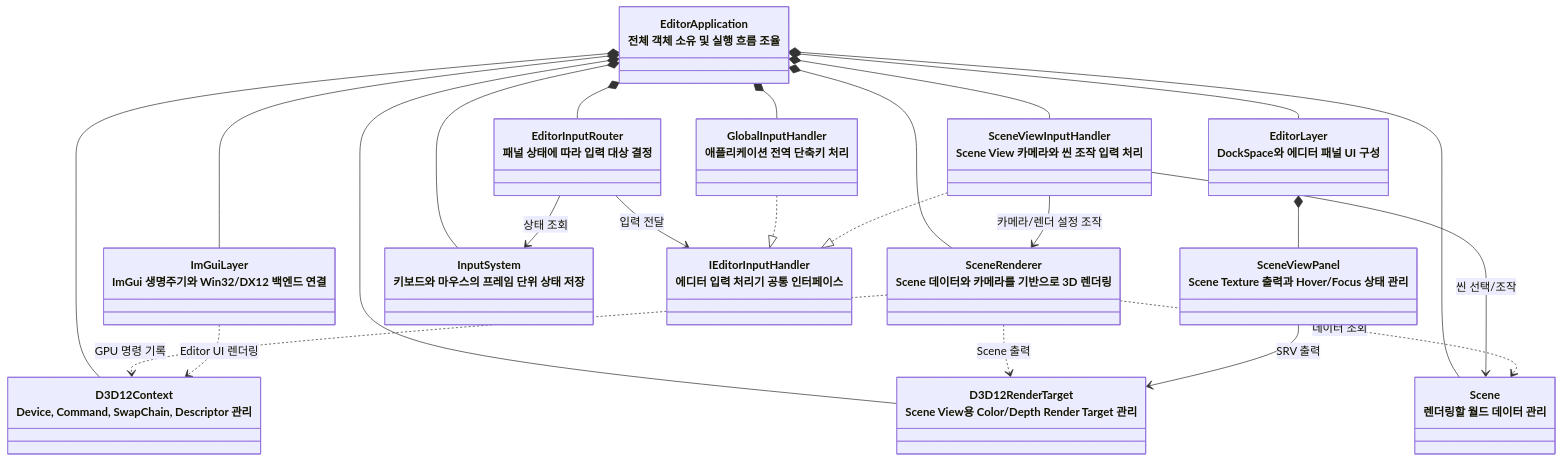
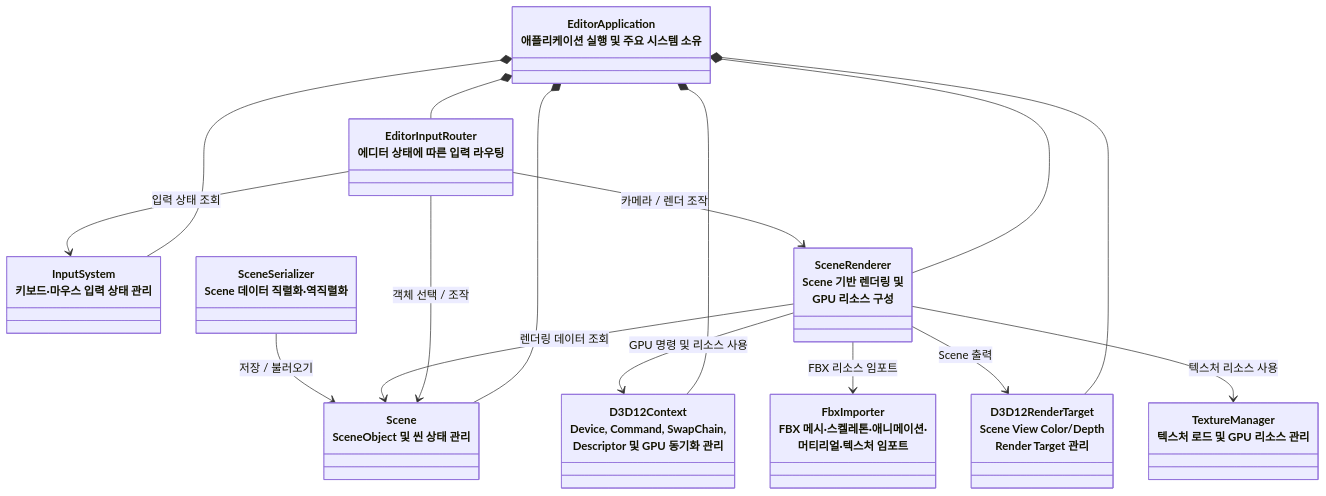
Before and after one commit to cjw7823/D12Engine: the diagram in README.md, drawn with Mermaid. The commit also changed other lines of this file and 1 other file, not shown here.

Commit message:
README.md 수정 1. editor-overview.png 추가.

````diff
--- a/README.md
+++ b/README.md
@@ -17,57 +20,42 @@
 ```mermaid
- classDiagram
-    class EditorApplication["EditorApplication<br/>전체 객체 소유 및 실행 흐름 조율"]
+classDiagram
+    class EditorApplication["EditorApplication<br/>애플리케이션 실행 및 주요 시스템 소유"]
 
-    class D3D12Context["D3D12Context<br/>Device, Command, SwapChain, Descriptor 관리"]
+    class InputSystem["InputSystem<br/>키보드·마우스 입력 상태 관리"]
 
-    class D3D12RenderTarget["D3D12RenderTarget<br/>Scene View용 Color/Depth Render Target 관리"]
+    class EditorInputRouter["EditorInputRouter<br/>에디터 상태에 따른 입력 라우팅"]
 
-    class SceneRenderer["SceneRenderer<br/>Scene 데이터와 카메라를 기반으로 3D 렌더링"]
+    class D3D12Context["D3D12Context<br/>Device, Command, SwapChain,<br/>Descriptor 및 GPU 동기화 관리"]
 
-    class ImGuiLayer["ImGuiLayer<br/>ImGui 생명주기와 Win32/DX12 백엔드 연결"]
+    class D3D12RenderTarget["D3D12RenderTarget<br/>Scene View Color/Depth<br/>Render Target 관리"]
 
-    class EditorLayer["EditorLayer<br/>DockSpace와 에디터 패널 UI 구성"]
+    class SceneRenderer["SceneRenderer<br/>Scene 기반 렌더링 및<br/>GPU 리소스 구성"]
 
-    class SceneViewPanel["SceneViewPanel<br/>Scene Texture 출력과 Hover/Focus 상태 관리"]
+    class Scene["Scene<br/>SceneObject 및 씬 상태 관리"]
 
-    class Scene["Scene<br/>렌더링할 월드 데이터 관리"]
+    class FbxImporter["FbxImporter<br/>FBX 메시·스켈레톤·애니메이션·<br/>머티리얼·텍스처 임포트"]
 
-    class InputSystem["InputSystem<br/>키보드와 마우스의 프레임 단위 상태 저장"]
+    class TextureManager["TextureManager<br/>텍스처 로드 및 GPU 리소스 관리"]
 
-    class EditorInputRouter["EditorInputRouter<br/>패널 상태에 따라 입력 대상 결정"]
+    class SceneSerializer["SceneSerializer<br/>Scene 데이터 직렬화·역직렬화"]
 
-    class IEditorInputHandler["IEditorInputHandler<br/>에디터 입력 처리기 공통 인터페이스"]
-
-    class GlobalInputHandler["GlobalInputHandler<br/>애플리케이션 전역 단축키 처리"]
-
-    class SceneViewInputHandler["SceneViewInputHandler<br/>Scene View 카메라와 씬 조작 입력 처리"]
-
+    EditorApplication *-- InputSystem
+    EditorApplication *-- EditorInputRouter
     EditorApplication *-- D3D12Context
     EditorApplication *-- D3D12RenderTarget
     EditorApplication *-- SceneRenderer
-    EditorApplication *-- ImGuiLayer
-    EditorApplication *-- EditorLayer
     EditorApplication *-- Scene
-    EditorApplication *-- InputSystem
-    EditorApplication *-- EditorInputRouter
-    EditorApplication *-- GlobalInputHandler
-    EditorApplication *-- SceneViewInputHandler
 
-    EditorLayer *-- SceneViewPanel
+    EditorInputRouter --> InputSystem : 입력 상태 조회
+    EditorInputRouter --> SceneRenderer : 카메라 / 렌더 조작
+    EditorInputRouter --> Scene : 객체 선택 / 조작
 
-    EditorInputRouter --> InputSystem : 상태 조회
-    EditorInputRouter --> IEditorInputHandler : 입력 전달
+    SceneRenderer --> D3D12Context : GPU 명령 및 리소스 사용
+    SceneRenderer --> D3D12RenderTarget : Scene 출력
+    SceneRenderer --> Scene : 렌더링 데이터 조회
 
-    GlobalInputHandler ..|> IEditorInputHandler
-    SceneViewInputHandler ..|> IEditorInputHandler
+    SceneRenderer --> FbxImporter : FBX 리소스 임포트
+    SceneRenderer --> TextureManager : 텍스처 리소스 사용
 
-    SceneViewInputHandler --> SceneRenderer : 카메라/렌더 설정 조작
-    SceneViewInputHandler --> Scene : 씬 선택/조작
-
-    SceneRenderer ..> Scene : 데이터 조회
-    SceneRenderer ..> D3D12Context : GPU 명령 기록
-    SceneRenderer ..> D3D12RenderTarget : Scene 출력
-
-    ImGuiLayer ..> D3D12Context : Editor UI 렌더링
-    SceneViewPanel --> D3D12RenderTarget : SRV 출력
+    SceneSerializer --> Scene : 저장 / 불러오기
 ```
````
